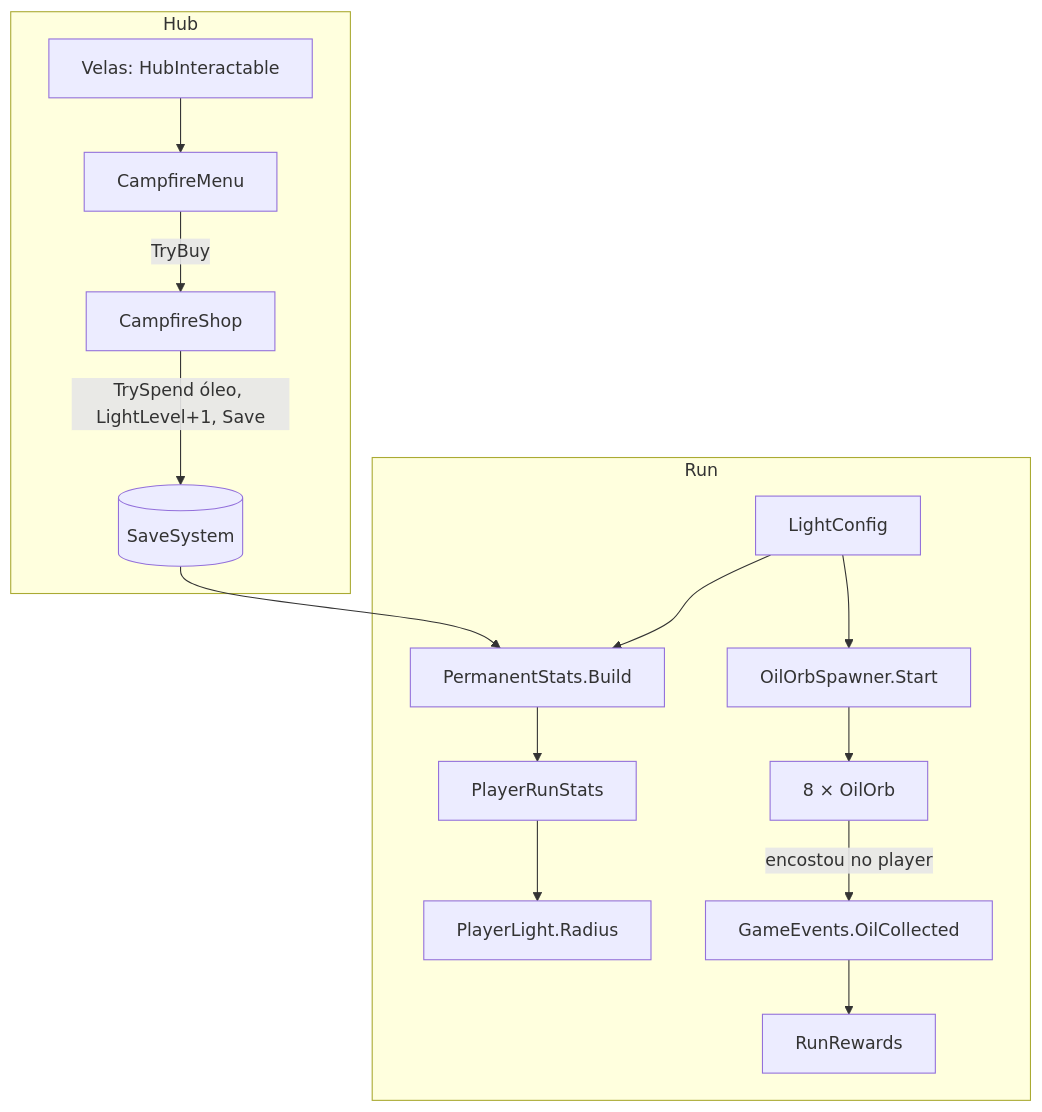
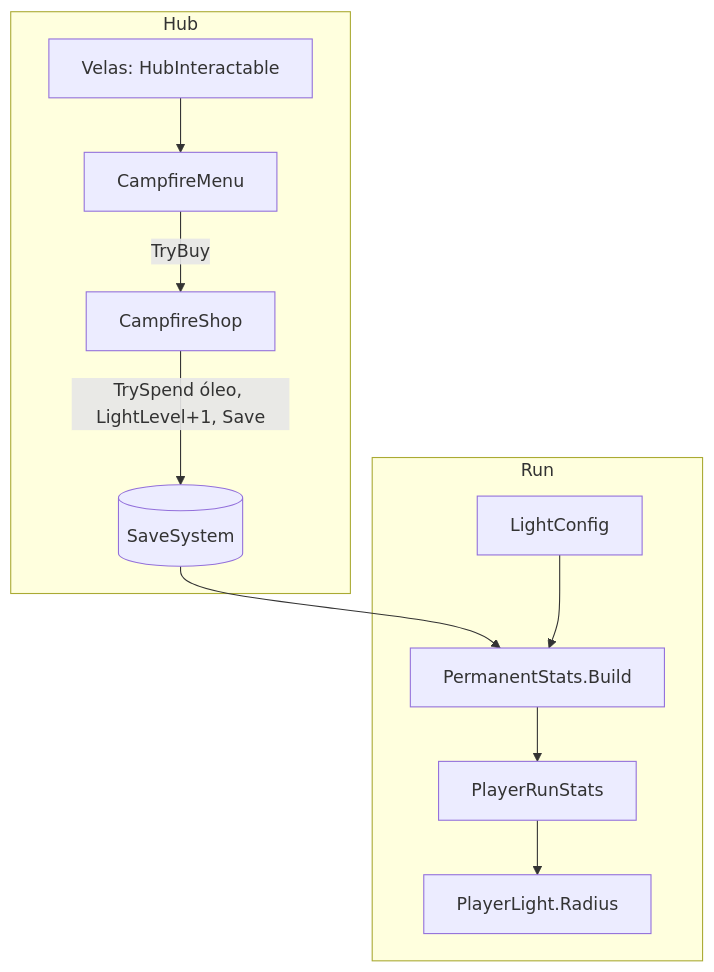
One commit to victorhenrique07/last-wick changed the diagram in .specs/features/campfire-light/design.md. Above: the diagram before and after it, drawn with Mermaid. The commit also changed other lines of this file and 4 other files, not shown here.

````diff
--- a/.specs/features/campfire-light/design.md
+++ b/.specs/features/campfire-light/design.md
@@ -22,16 +21,13 @@
 ```mermaid
 flowchart TD
     subgraph Hub
         V[Velas: HubInteractable] --> CM[CampfireMenu]
         CM -- TryBuy --> CS[CampfireShop]
         CS -- TrySpend óleo, LightLevel+1, Save --> S[(SaveSystem)]
     end
     subgraph Run
         S --> PM[PermanentStats.Build]
         LC[LightConfig] --> PM
         PM --> PRS[PlayerRunStats] --> PL[PlayerLight.Radius]
-        LC --> OS[OilOrbSpawner.Start]
-        OS --> O[8 × OilOrb]
-        O -- encostou no player --> G[GameEvents.OilCollected] --> RR[RunRewards]
     end
 ```
````
